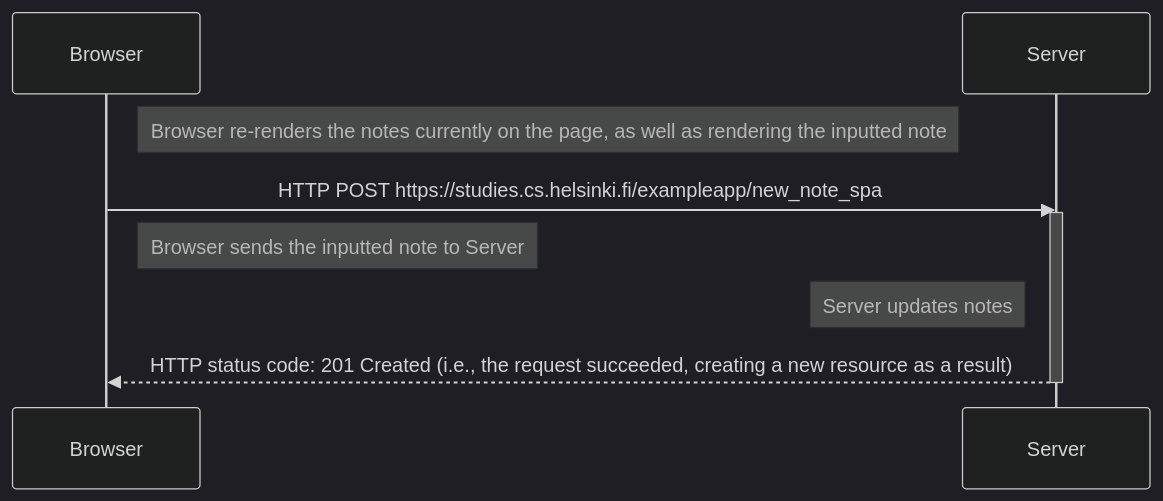
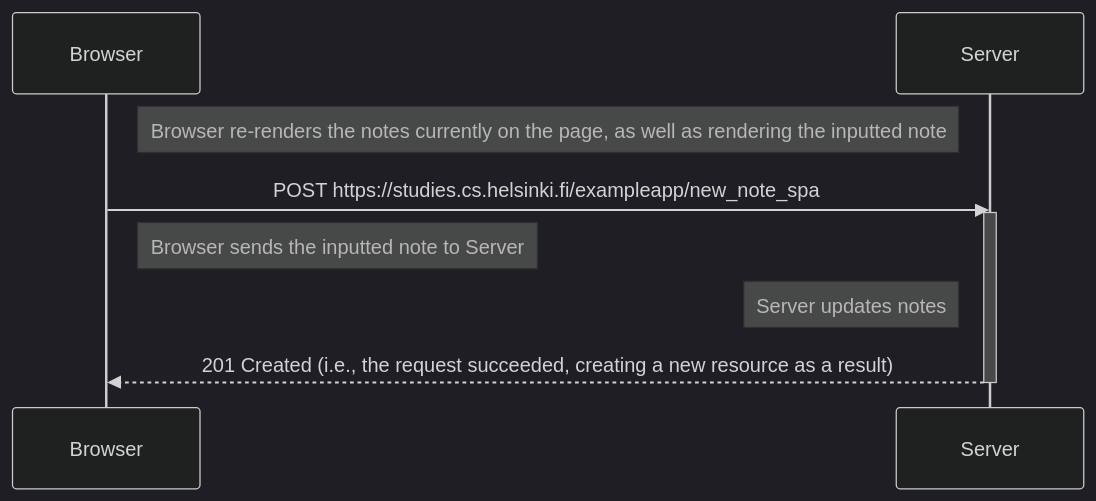
One commit to gvnlm/full-stack-open-solutions changed the third of 3 diagrams in part0/README.md. Above: the diagram before and after it, drawn with Mermaid (dark theme). The commit also changed other lines of this file, not shown here.

Commit message:
Remove unnecessary "HTTP" text

````diff
--- a/part0/README.md
+++ b/part0/README.md
@@ -74,14 +74,14 @@
 ```mermaid
     sequenceDiagram
     participant Browser
     participant Server
 
     note right of Browser: Browser re-renders the notes currently on the page, as well as rendering the inputted note
         
-    Browser->>Server: HTTP POST https://studies.cs.helsinki.fi/exampleapp/new_note_spa
+    Browser->>Server: POST https://studies.cs.helsinki.fi/exampleapp/new_note_spa
     activate Server
     note right of Browser: Browser sends the inputted note to Server
     note left of Server: Server updates notes
-    Server-->>Browser: HTTP status code: 201 Created (i.e., the request succeeded, creating a new resource as a result)
+    Server-->>Browser: 201 Created (i.e., the request succeeded, creating a new resource as a result)
     deactivate Server    
 ```
````
